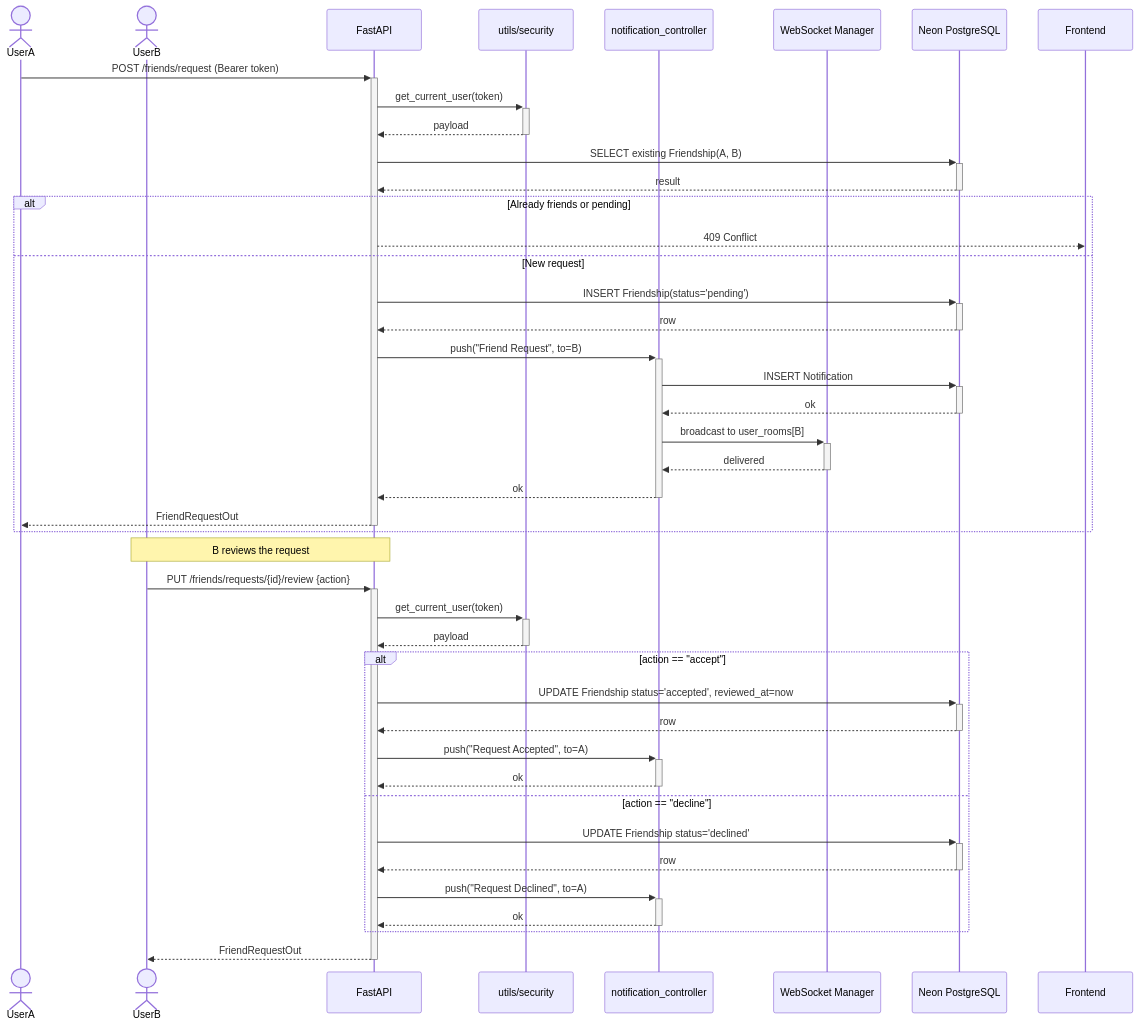
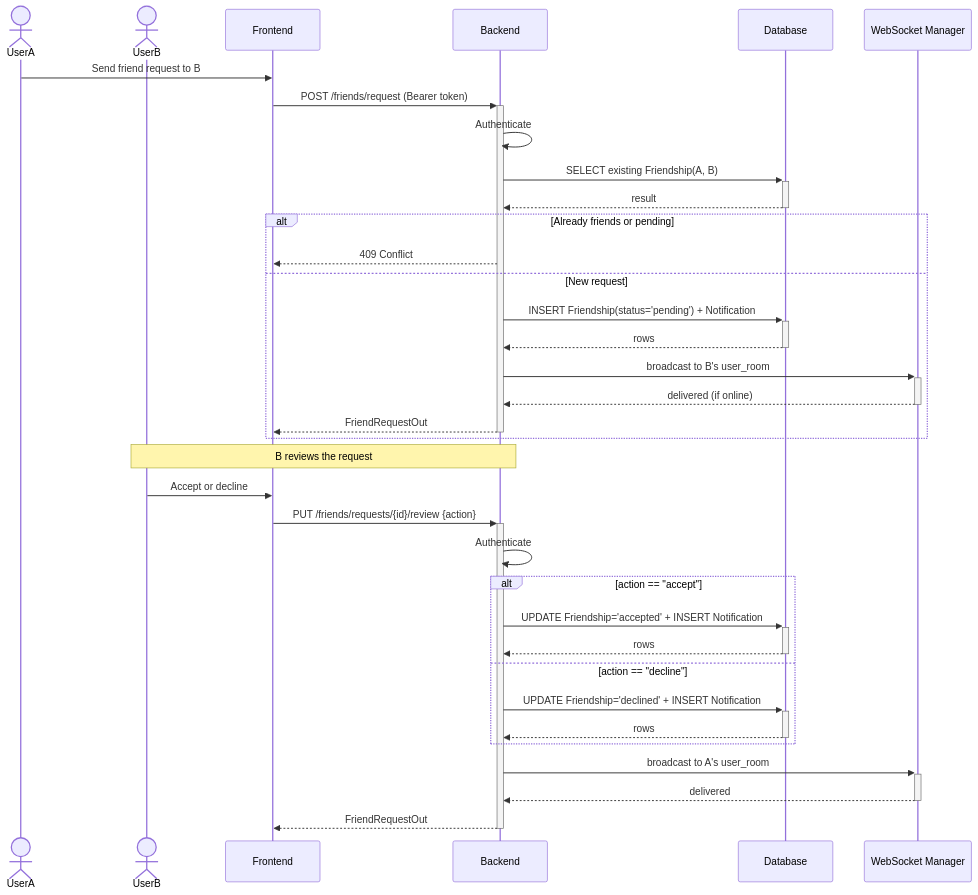
Before and after one commit to yazidha09/Hub4Learners: the fifth of 5 diagrams in docs/sprints/SPRINT_4.md, drawn with Mermaid. The commit also changed other lines of this file and 5 other files, not shown here.

````diff
--- a/docs/sprints/SPRINT_4.md
+++ b/docs/sprints/SPRINT_4.md
@@ -199,47 +197,40 @@
 ```mermaid
 sequenceDiagram
     actor UserA
     actor UserB
-    participant API as FastAPI
-    participant Sec as utils/security
-    participant Notif as notification_controller
+    participant Frontend
+    participant Backend
+    participant DB as Database
     participant WS as WebSocket Manager
-    participant DB as Neon PostgreSQL
 
-    UserA->>+API: POST /friends/request (Bearer token)
-    API->>+Sec: get_current_user(token)
-    Sec-->>-API: payload
-    API->>+DB: SELECT existing Friendship(A, B)
-    DB-->>-API: result
+    UserA->>Frontend: Send friend request to B
+    Frontend->>+Backend: POST /friends/request (Bearer token)
+    Backend->>Backend: Authenticate
+    Backend->>+DB: SELECT existing Friendship(A, B)
+    DB-->>-Backend: result
     alt Already friends or pending
-        API-->>Frontend: 409 Conflict
+        Backend-->>Frontend: 409 Conflict
     else New request
-        API->>+DB: INSERT Friendship(status='pending')
-        DB-->>-API: row
-        API->>+Notif: push("Friend Request", to=B)
-        Notif->>+DB: INSERT Notification
-        DB-->>-Notif: ok
-        Notif->>+WS: broadcast to user_rooms[B]
-        WS-->>-Notif: delivered
-        Notif-->>-API: ok
-        API-->>-UserA: FriendRequestOut
+        Backend->>+DB: INSERT Friendship(status='pending') + Notification
+        DB-->>-Backend: rows
+        Backend->>+WS: broadcast to B's user_room
+        WS-->>-Backend: delivered (if online)
+        Backend-->>-Frontend: FriendRequestOut
     end
 
-    Note over UserB,API: B reviews the request
+    Note over UserB,Backend: B reviews the request
 
-    UserB->>+API: PUT /friends/requests/{id}/review {action}
-    API->>+Sec: get_current_user(token)
-    Sec-->>-API: payload
+    UserB->>Frontend: Accept or decline
+    Frontend->>+Backend: PUT /friends/requests/{id}/review {action}
+    Backend->>Backend: Authenticate
     alt action == "accept"
-        API->>+DB: UPDATE Friendship status='accepted', reviewed_at=now
-        DB-->>-API: row
-        API->>+Notif: push("Request Accepted", to=A)
-        Notif-->>-API: ok
+        Backend->>+DB: UPDATE Friendship='accepted' + INSERT Notification
+        DB-->>-Backend: rows
     else action == "decline"
-        API->>+DB: UPDATE Friendship status='declined'
-        DB-->>-API: row
-        API->>+Notif: push("Request Declined", to=A)
-        Notif-->>-API: ok
+        Backend->>+DB: UPDATE Friendship='declined' + INSERT Notification
+        DB-->>-Backend: rows
     end
-    API-->>-UserB: FriendRequestOut
+    Backend->>+WS: broadcast to A's user_room
+    WS-->>-Backend: delivered
+    Backend-->>-Frontend: FriendRequestOut
 ```
````
